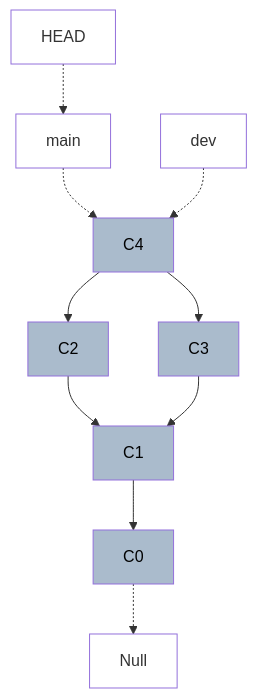
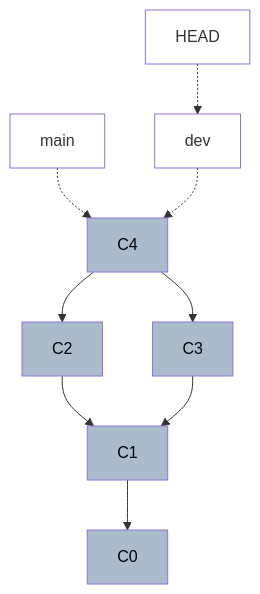
The tenth of 14 diagrams in posts/Git.qmd (ohshane/ohshane.github.io), drawn with Mermaid before and after one commit. The commit also changed other lines of this file, not shown here.

````diff
--- a/posts/Git.qmd
+++ b/posts/Git.qmd
@@ -162,15 +173,14 @@
 ```{mermaid}
 flowchart TB
-  C0:::commit -.-> Null:::pointer
   C1:::commit --> C0:::commit
   C2:::commit --> C1:::commit
   C3:::commit --> C1:::commit
   C4:::commit --> C2:::commit
   C4:::commit --> C3:::commit
 
   main:::pointer -.-> C4
   dev:::pointer -.-> C4
-  HEAD:::pointer -.-> main
+  HEAD:::pointer -.-> dev
   classDef commit fill: #abc, color: #000
   classDef pointer fill: #fff, color #000, font: #000
 ```
````
